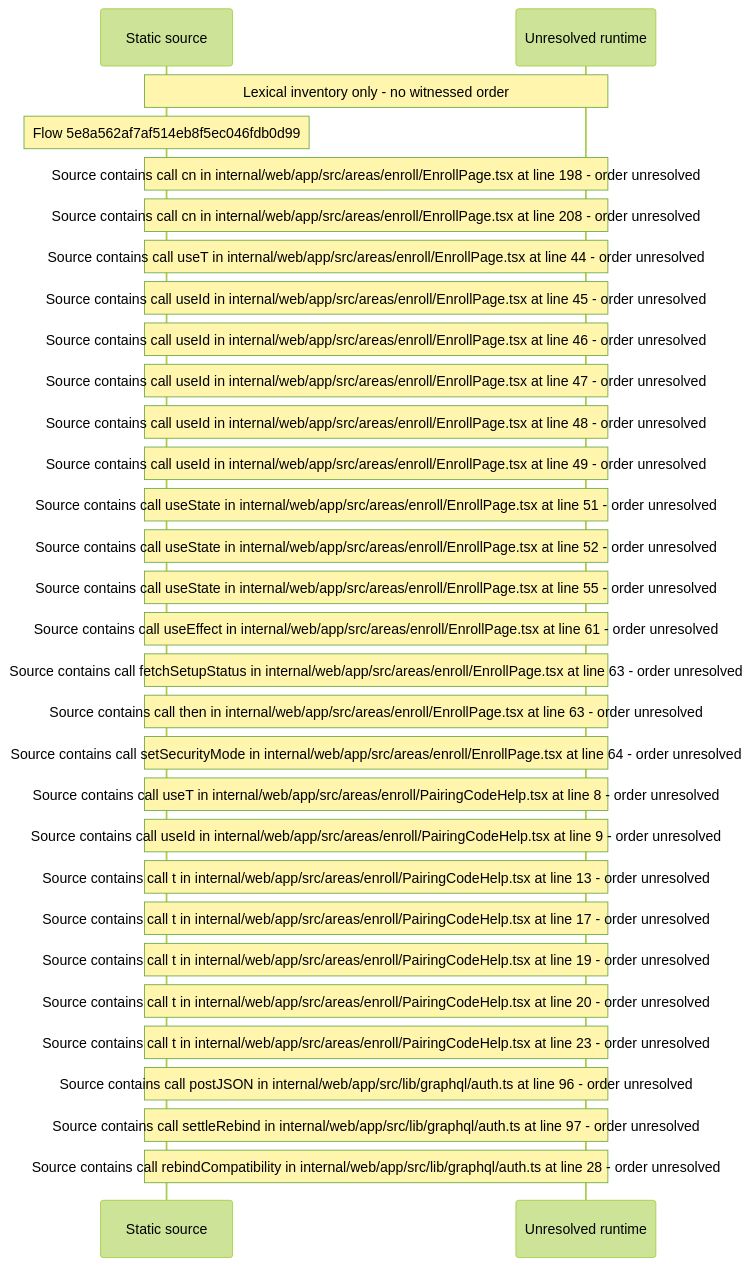
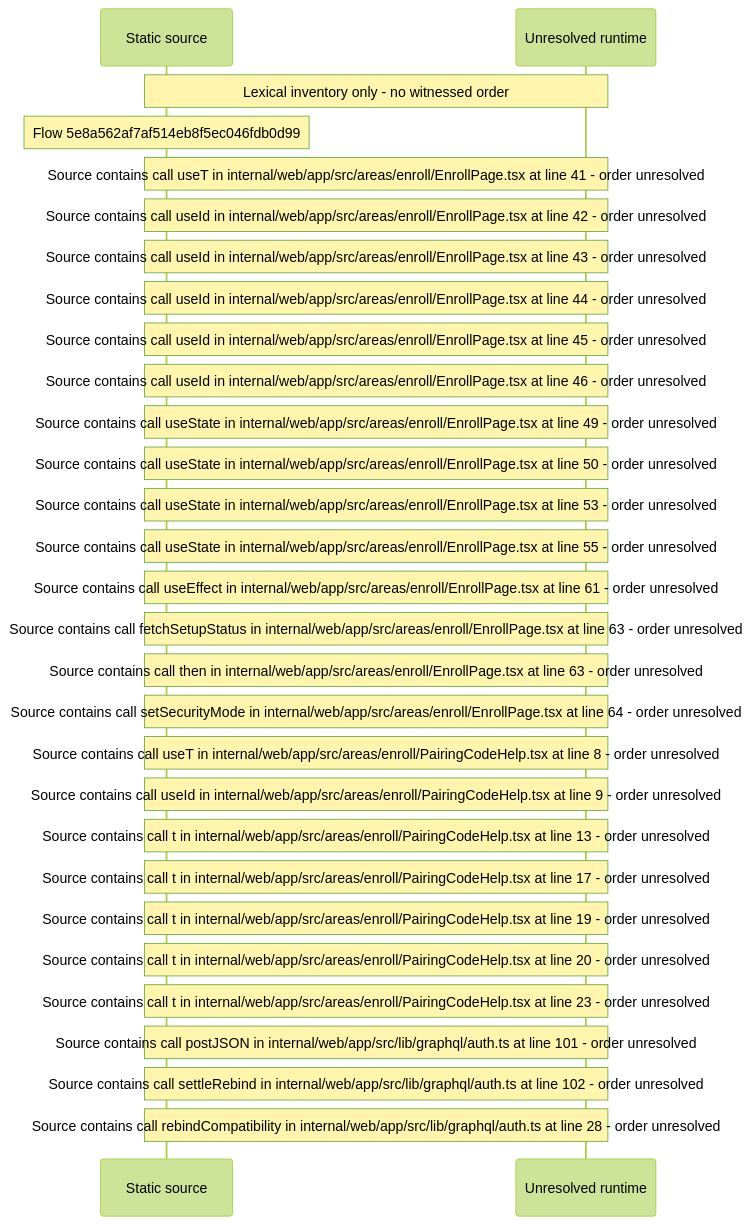
Before and after one commit to beamfall/core: the diagram in docs/web/flows/generated/5e8a562af7af514eb8f5ec046fdb0d99/flow-diagram.md, drawn with Mermaid (forest theme). The commit also changed other lines of this file and 715 other files, not shown here.

First line of the commit message:
Regenerate the web flow record on main after CORE-1117

````diff
--- a/docs/web/flows/generated/5e8a562af7af514eb8f5ec046fdb0d99/flow-diagram.md
+++ b/docs/web/flows/generated/5e8a562af7af514eb8f5ec046fdb0d99/flow-diagram.md
@@ -10,32 +10,31 @@
 ```mermaid
 sequenceDiagram
     participant S as Static source
     participant U as Unresolved runtime
     Note over S,U: Lexical inventory only - no witnessed order
     Note over S: Flow 5e8a562af7af514eb8f5ec046fdb0d99
-    Note over S,U: Source contains call cn in internal/web/app/src/areas/enroll/EnrollPage.tsx at line 198 - order unresolved
-    Note over S,U: Source contains call cn in internal/web/app/src/areas/enroll/EnrollPage.tsx at line 208 - order unresolved
-    Note over S,U: Source contains call useT in internal/web/app/src/areas/enroll/EnrollPage.tsx at line 44 - order unresolved
+    Note over S,U: Source contains call useT in internal/web/app/src/areas/enroll/EnrollPage.tsx at line 41 - order unresolved
+    Note over S,U: Source contains call useId in internal/web/app/src/areas/enroll/EnrollPage.tsx at line 42 - order unresolved
+    Note over S,U: Source contains call useId in internal/web/app/src/areas/enroll/EnrollPage.tsx at line 43 - order unresolved
+    Note over S,U: Source contains call useId in internal/web/app/src/areas/enroll/EnrollPage.tsx at line 44 - order unresolved
     Note over S,U: Source contains call useId in internal/web/app/src/areas/enroll/EnrollPage.tsx at line 45 - order unresolved
     Note over S,U: Source contains call useId in internal/web/app/src/areas/enroll/EnrollPage.tsx at line 46 - order unresolved
-    Note over S,U: Source contains call useId in internal/web/app/src/areas/enroll/EnrollPage.tsx at line 47 - order unresolved
-    Note over S,U: Source contains call useId in internal/web/app/src/areas/enroll/EnrollPage.tsx at line 48 - order unresolved
-    Note over S,U: Source contains call useId in internal/web/app/src/areas/enroll/EnrollPage.tsx at line 49 - order unresolved
-    Note over S,U: Source contains call useState in internal/web/app/src/areas/enroll/EnrollPage.tsx at line 51 - order unresolved
-    Note over S,U: Source contains call useState in internal/web/app/src/areas/enroll/EnrollPage.tsx at line 52 - order unresolved
+    Note over S,U: Source contains call useState in internal/web/app/src/areas/enroll/EnrollPage.tsx at line 49 - order unresolved
+    Note over S,U: Source contains call useState in internal/web/app/src/areas/enroll/EnrollPage.tsx at line 50 - order unresolved
+    Note over S,U: Source contains call useState in internal/web/app/src/areas/enroll/EnrollPage.tsx at line 53 - order unresolved
     Note over S,U: Source contains call useState in internal/web/app/src/areas/enroll/EnrollPage.tsx at line 55 - order unresolved
     Note over S,U: Source contains call useEffect in internal/web/app/src/areas/enroll/EnrollPage.tsx at line 61 - order unresolved
     Note over S,U: Source contains call fetchSetupStatus in internal/web/app/src/areas/enroll/EnrollPage.tsx at line 63 - order unresolved
     Note over S,U: Source contains call then in internal/web/app/src/areas/enroll/EnrollPage.tsx at line 63 - order unresolved
     Note over S,U: Source contains call setSecurityMode in internal/web/app/src/areas/enroll/EnrollPage.tsx at line 64 - order unresolved
     Note over S,U: Source contains call useT in internal/web/app/src/areas/enroll/PairingCodeHelp.tsx at line 8 - order unresolved
     Note over S,U: Source contains call useId in internal/web/app/src/areas/enroll/PairingCodeHelp.tsx at line 9 - order unresolved
     Note over S,U: Source contains call t in internal/web/app/src/areas/enroll/PairingCodeHelp.tsx at line 13 - order unresolved
     Note over S,U: Source contains call t in internal/web/app/src/areas/enroll/PairingCodeHelp.tsx at line 17 - order unresolved
     Note over S,U: Source contains call t in internal/web/app/src/areas/enroll/PairingCodeHelp.tsx at line 19 - order unresolved
     Note over S,U: Source contains call t in internal/web/app/src/areas/enroll/PairingCodeHelp.tsx at line 20 - order unresolved
     Note over S,U: Source contains call t in internal/web/app/src/areas/enroll/PairingCodeHelp.tsx at line 23 - order unresolved
-    Note over S,U: Source contains call postJSON in internal/web/app/src/lib/graphql/auth.ts at line 96 - order unresolved
-    Note over S,U: Source contains call settleRebind in internal/web/app/src/lib/graphql/auth.ts at line 97 - order unresolved
+    Note over S,U: Source contains call postJSON in internal/web/app/src/lib/graphql/auth.ts at line 101 - order unresolved
+    Note over S,U: Source contains call settleRebind in internal/web/app/src/lib/graphql/auth.ts at line 102 - order unresolved
     Note over S,U: Source contains call rebindCompatibility in internal/web/app/src/lib/graphql/auth.ts at line 28 - order unresolved
 ```
````
